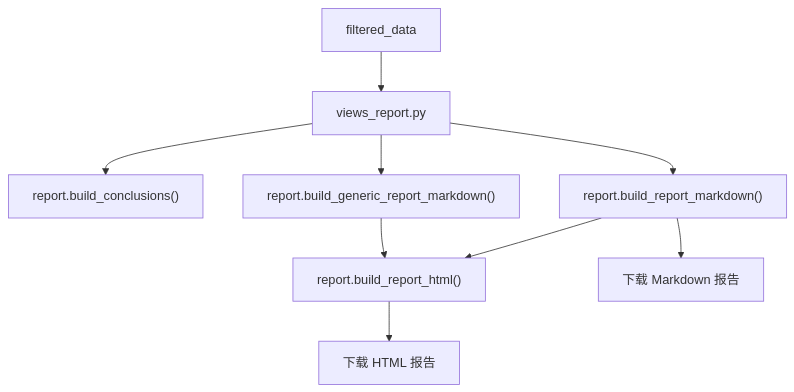
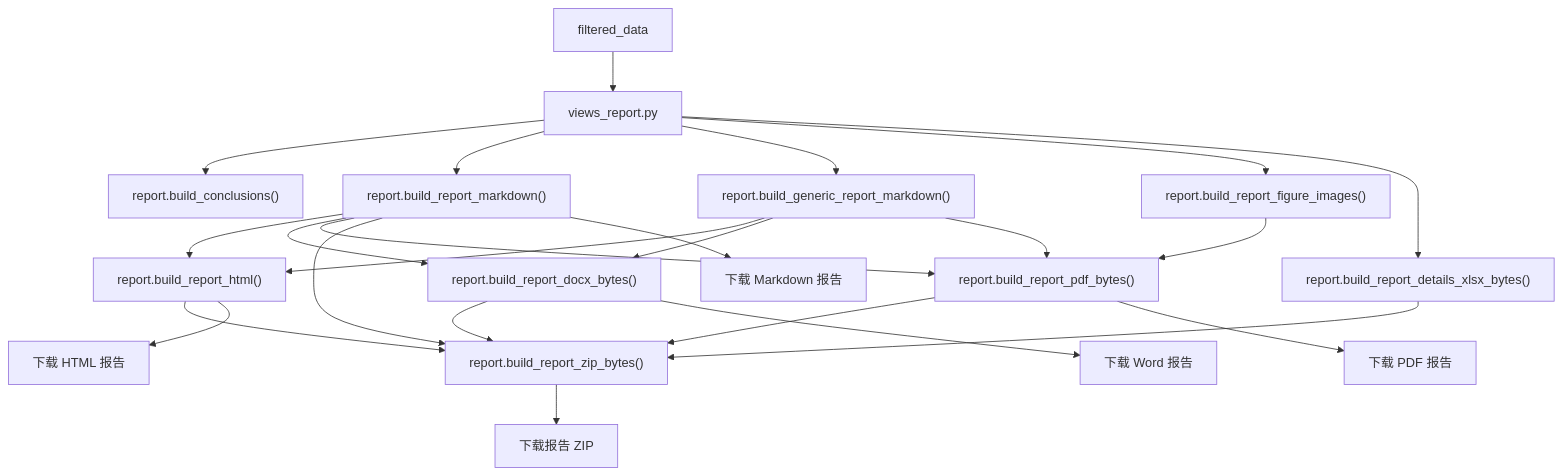
Before and after one commit to EthanCheung-gh/perf-analyzer: the seventh of 9 diagrams in docs/code-map.md, drawn with Mermaid. The commit also changed other lines of this file and 4 other files, not shown here.

Commit message:
feature:pdf report export

````diff
--- a/docs/code-map.md
+++ b/docs/code-map.md
@@ -222,11 +222,26 @@
 ```mermaid
 flowchart TD
     Data["filtered_data"] --> ReportView["views_report.py"]
     ReportView --> Conclusions["report.build_conclusions()"]
     ReportView --> Markdown["report.build_report_markdown()"]
     ReportView --> GenericMarkdown["report.build_generic_report_markdown()"]
     Markdown --> Html["report.build_report_html()"]
     GenericMarkdown --> Html
+    Markdown --> Docx["report.build_report_docx_bytes()"]
+    GenericMarkdown --> Docx
+    Markdown --> Pdf["report.build_report_pdf_bytes()"]
+    GenericMarkdown --> Pdf
+    ReportView --> PdfImages["report.build_report_figure_images()"]
+    PdfImages --> Pdf
+    ReportView --> Details["report.build_report_details_xlsx_bytes()"]
+    Markdown --> Zip["report.build_report_zip_bytes()"]
+    Html --> Zip
+    Docx --> Zip
+    Pdf --> Zip
+    Details --> Zip
     Html --> DownloadHtml["下载 HTML 报告"]
     Markdown --> DownloadMarkdown["下载 Markdown 报告"]
+    Docx --> DownloadDocx["下载 Word 报告"]
+    Pdf --> DownloadPdf["下载 PDF 报告"]
+    Zip --> DownloadZip["下载报告 ZIP"]
 ```
````
